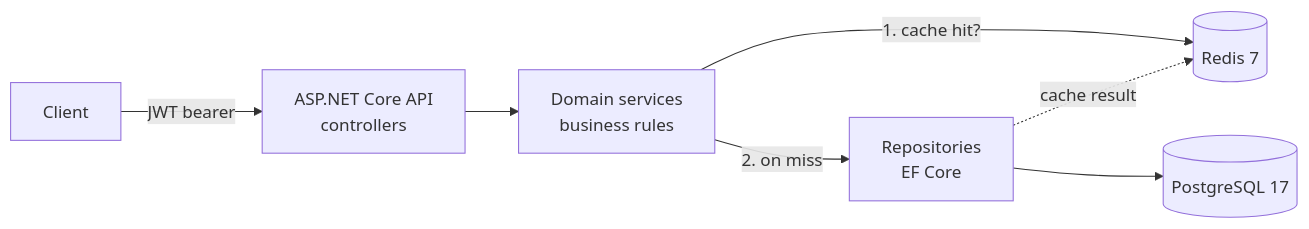
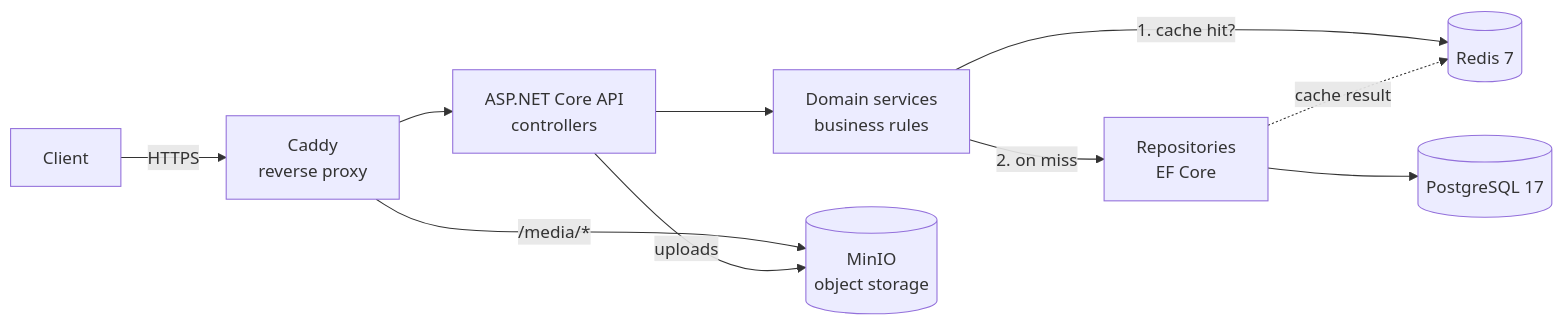
Before and after one commit to meissnerM224/EventHub: the first of 2 diagrams in README.md, drawn with Mermaid. The commit also changed other lines of this file and 2 other files, not shown here.

````diff
--- a/README.md
+++ b/README.md
@@ -22,9 +28,12 @@
 ```mermaid
 flowchart LR
-    Client["Client"] -->|"JWT bearer"| Api["ASP.NET Core API<br/>controllers"]
+    Client["Client"] -->|" HTTPS "| Proxy["Caddy<br/>reverse proxy"]
+    Proxy --> Api["ASP.NET Core API<br/>controllers"]
     Api --> Svc["Domain services<br/>business rules"]
-    Svc -->|"1. cache hit?"| Redis[("Redis 7")]
-    Svc -->|"2. on miss"| Repo["Repositories<br/>EF Core"]
+    Svc -->|" 1. cache hit? "| Redis[("Redis 7")]
+    Svc -->|" 2. on miss "| Repo["Repositories<br/>EF Core"]
     Repo --> Db[("PostgreSQL 17")]
-    Repo -.->|"cache result"| Redis
+    Repo -.->|" cache result "| Redis
+    Proxy -->|" /media/* "| Minio[("MinIO<br/>object storage")]
+    Api -->|" uploads "| Minio
 ```
````
